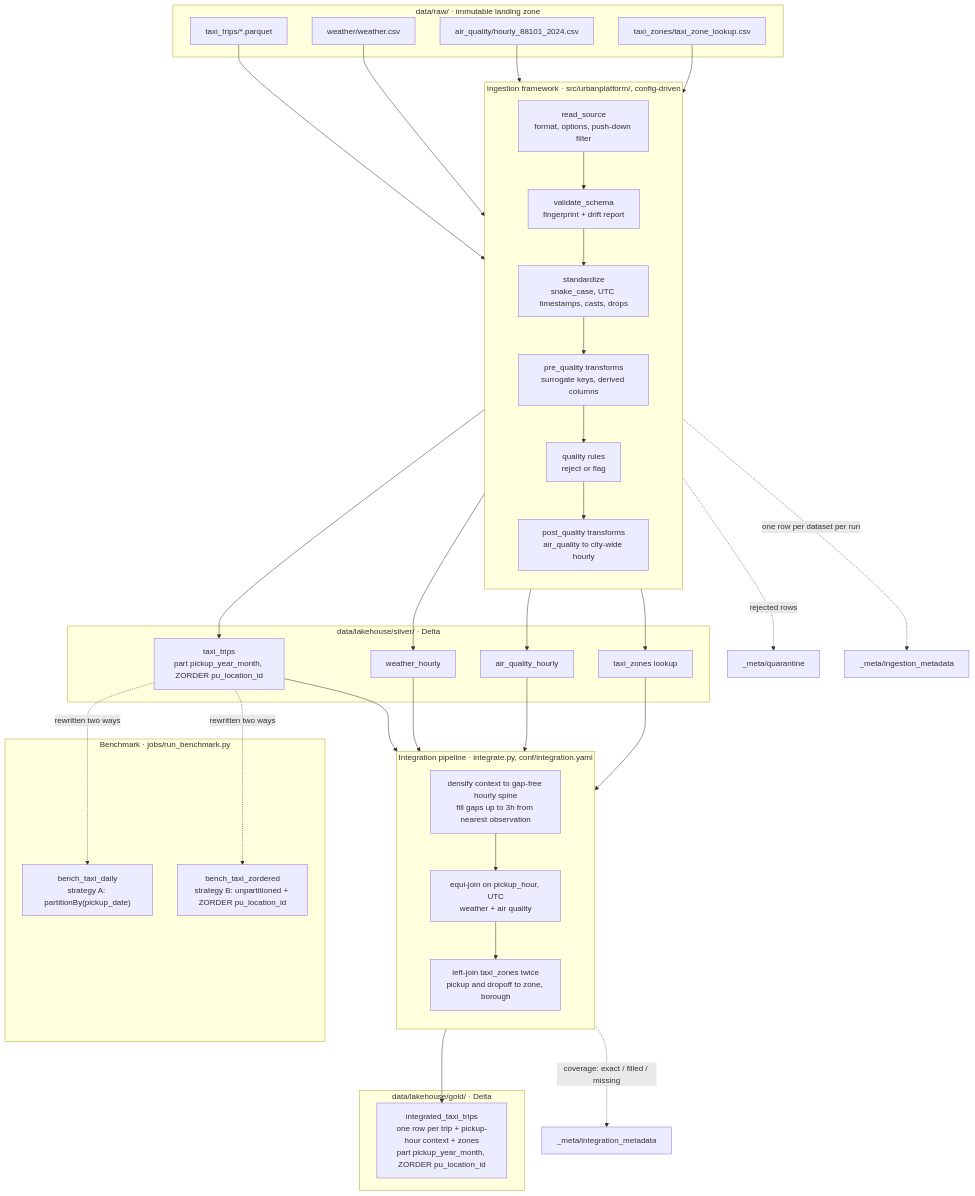
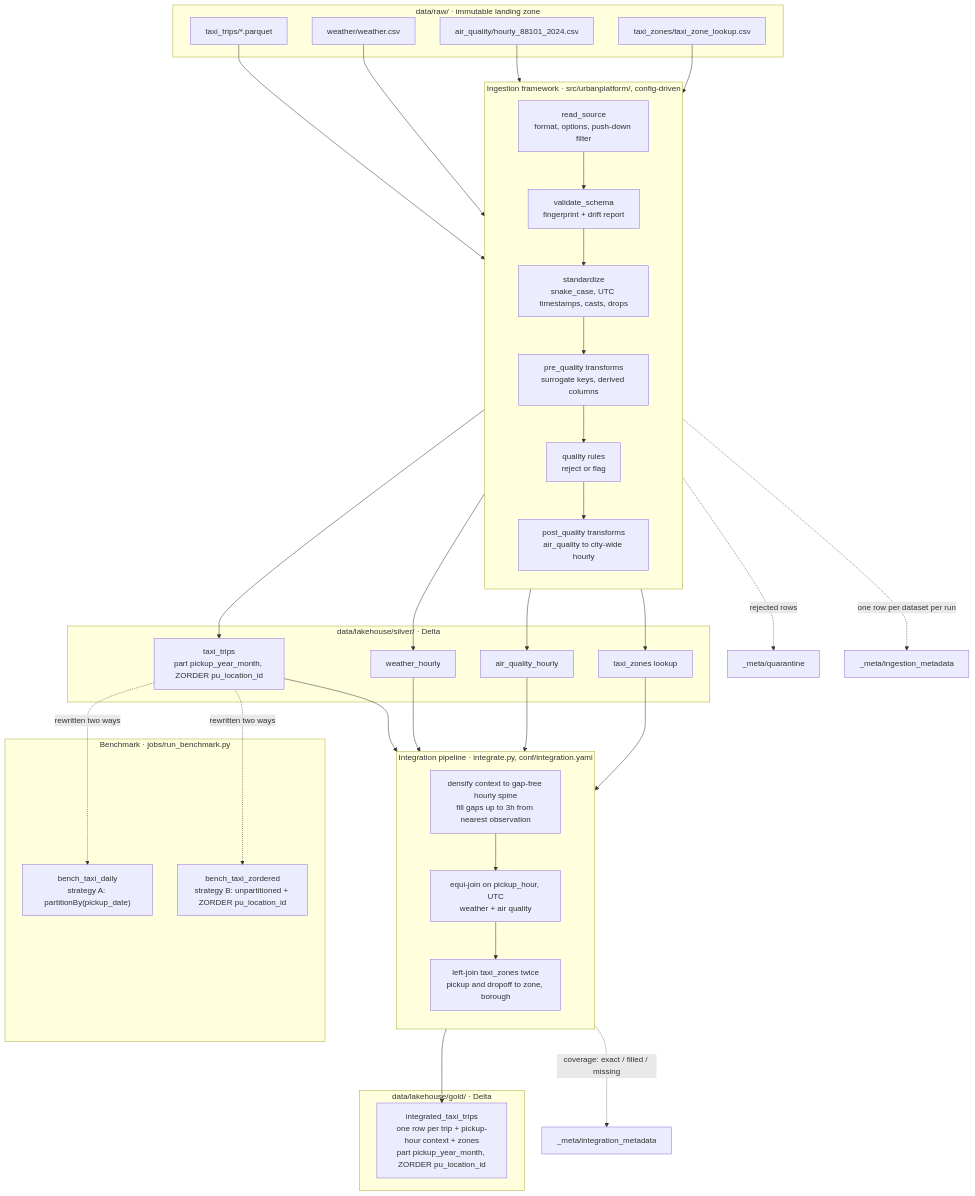
The diagram in docs/architecture.md (Wu-Xiaoshan/ID2221-Generic-Urban-Data-Integration-Platform), drawn with Mermaid before and after one commit. The commit also changed 2 other files, not shown here.

Commit message:
fix: update Delta settings in platform.yaml and documentation for clarity

````diff
--- a/docs/architecture.md
+++ b/docs/architecture.md
@@ -3,58 +3,58 @@
 ```mermaid
 flowchart TD
     subgraph raw["data/raw/ · immutable landing zone"]
         R1["taxi_trips/*.parquet"]
         R2["weather/weather.csv"]
         R3["air_quality/hourly_88101_2024.csv"]
         R4["taxi_zones/taxi_zone_lookup.csv"]
     end
 
     subgraph fw["Ingestion framework · src/urbanplatform/, config-driven"]
         direction TB
         S1["read_source\nformat, options, push-down filter"]
         S2["validate_schema\nfingerprint + drift report"]
         S3["standardize\nsnake_case, UTC timestamps, casts, drops"]
         S4["pre_quality transforms\nsurrogate keys, derived columns"]
         S5["quality rules\nreject or flag"]
         S6["post_quality transforms\nair_quality to city-wide hourly"]
         S1 --> S2 --> S3 --> S4 --> S5 --> S6
     end
 
     R1 & R2 & R3 & R4 --> S1
 
     subgraph silver["data/lakehouse/silver/ · Delta"]
         T1["taxi_trips\npart pickup_year_month, ZORDER pu_location_id"]
         T2["weather_hourly"]
         T3["air_quality_hourly"]
         T4["taxi_zones lookup"]
     end
 
     S6 --> T1 & T2 & T3 & T4
     S5 -. rejected rows .-> Q["_meta/quarantine"]
-    fw -. one row per dataset per run .-> M["_meta/ingestion_metadata"]
+    S6 -. one row per dataset per run .-> M["_meta/ingestion_metadata"]
 
     subgraph integ["Integration pipeline · integrate.py, conf/integration.yaml"]
         direction TB
         I1["densify context to gap-free hourly spine\nfill gaps up to 3h from nearest observation"]
         I2["equi-join on pickup_hour, UTC\nweather + air quality"]
         I3["left-join taxi_zones twice\npickup and dropoff to zone, borough"]
         I1 --> I2 --> I3
     end
 
     T1 --> I2
     T2 & T3 --> I1
     T4 --> I3
 
     subgraph gold["data/lakehouse/gold/ · Delta"]
         G["integrated_taxi_trips\none row per trip + pickup-hour context + zones\npart pickup_year_month, ZORDER pu_location_id"]
     end
 
     I3 --> G
-    integ -. coverage: exact / filled / missing .-> MI["_meta/integration_metadata"]
+    I3 -. coverage: exact / filled / missing .-> MI["_meta/integration_metadata"]
 
     subgraph bench["Benchmark · jobs/run_benchmark.py"]
         B1["bench_taxi_daily\nstrategy A: partitionBy(pickup_date)"]
         B2["bench_taxi_zordered\nstrategy B: unpartitioned + ZORDER pu_location_id"]
     end
     T1 -. rewritten two ways .-> B1 & B2
 ```
````
